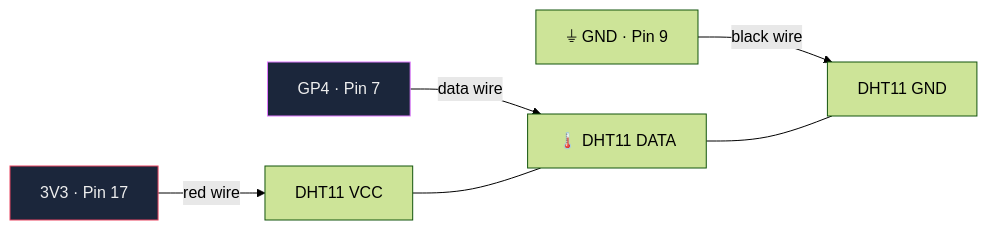
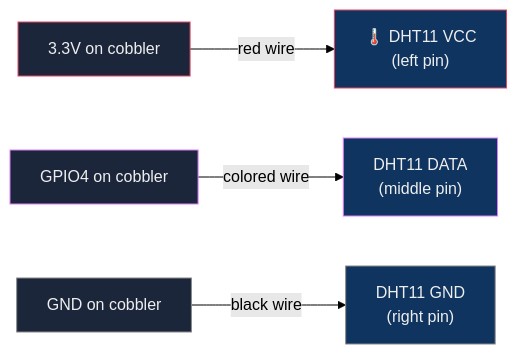
One commit to BigDawg013/clawpi-scout changed the eighth of 10 diagrams in docs/WIRING.md. Above: the diagram before and after it, drawn with Mermaid (forest theme). The commit also changed other lines of this file, not shown here.

First line of the commit message:
Update WIRING.md with T-cobbler Mermaid diagrams

````diff
--- a/docs/WIRING.md
+++ b/docs/WIRING.md
@@ -156,11 +219,13 @@
 ```mermaid
 graph LR
-    V33["3V3 · Pin 17"] -->|"red wire"| VCC["DHT11 VCC"]
-    GP4["GP4 · Pin 7"] -->|"data wire"| DATA["🌡️ DHT11 DATA"]
-    GND["⏚ GND · Pin 9"] -->|"black wire"| DGND["DHT11 GND"]
+    V33["3.3V on cobbler"] -->|"red wire"| VCC["🌡️ DHT11 VCC\n(left pin)"]
+    GP4["GPIO4 on cobbler"] -->|"colored wire"| DATA["DHT11 DATA\n(middle pin)"]
+    GND_COB["GND on cobbler"] -->|"black wire"| DGND["DHT11 GND\n(right pin)"]
 
-    VCC --- DATA --- DGND
-
+    style V33 fill:#1b263b,stroke:#e94560,color:#eee
     style GP4 fill:#1b263b,stroke:#e07aff,color:#eee
-    style V33 fill:#1b263b,stroke:#e94560,color:#eee
+    style GND_COB fill:#1b263b,stroke:#888,color:#eee
+    style VCC fill:#0f3460,stroke:#e94560,color:#eee
+    style DATA fill:#0f3460,stroke:#e07aff,color:#eee
+    style DGND fill:#0f3460,stroke:#888,color:#eee
 ```
````
